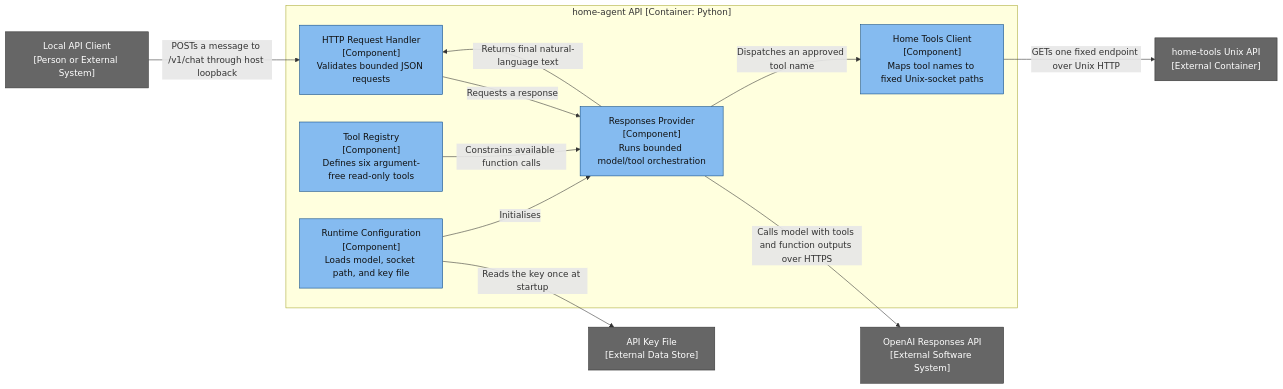
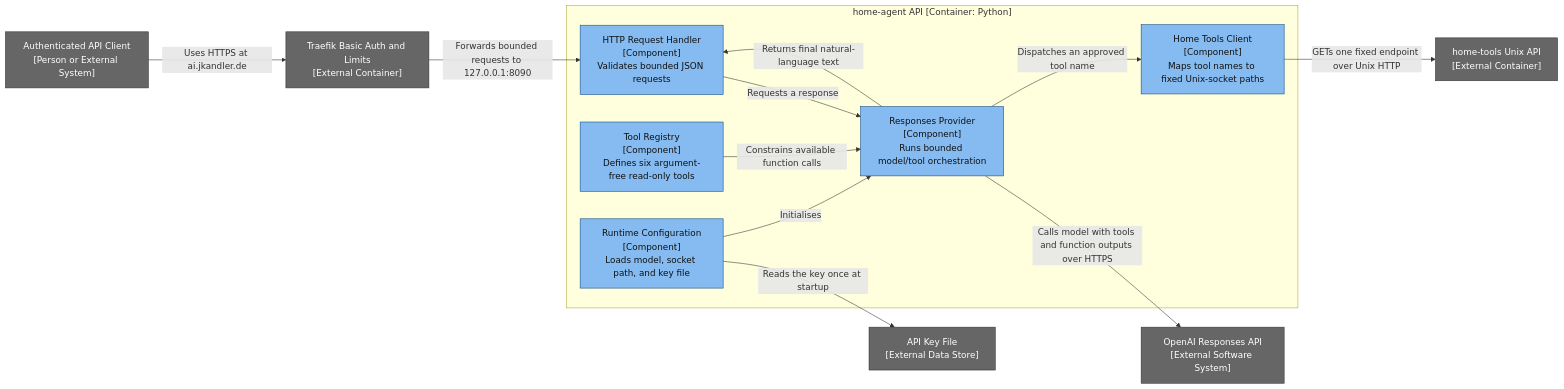
One commit to KandlerLi/home-infra-docs changed the diagram in docs/architecture/current/component-home-agent.md. Above: the diagram before and after it, drawn with Mermaid. The commit also changed other lines of this file and 15 other files, not shown here.

````diff
--- a/docs/architecture/current/component-home-agent.md
+++ b/docs/architecture/current/component-home-agent.md
@@ -7,30 +7,32 @@
 ```mermaid
 flowchart LR
-    caller["Local API Client<br/>[Person or External System]"]
+    caller["Authenticated API Client<br/>[Person or External System]"]
+    proxy["Traefik Basic Auth and Limits<br/>[External Container]"]
     cloud["OpenAI Responses API<br/>[External Software System]"]
     host_tools["home-tools Unix API<br/>[External Container]"]
     key["API Key File<br/>[External Data Store]"]
 
     subgraph api["home-agent API [Container: Python]"]
         http["HTTP Request Handler<br/>[Component]<br/>Validates bounded JSON requests"]
         provider["Responses Provider<br/>[Component]<br/>Runs bounded model/tool orchestration"]
         schema["Tool Registry<br/>[Component]<br/>Defines six argument-free read-only tools"]
         client["Home Tools Client<br/>[Component]<br/>Maps tool names to fixed Unix-socket paths"]
         config["Runtime Configuration<br/>[Component]<br/>Loads model, socket path, and key file"]
     end
 
-    caller -->|"POSTs a message to /v1/chat through host loopback"| http
+    caller -->|"Uses HTTPS at ai.jkandler.de"| proxy
+    proxy -->|"Forwards bounded requests to 127.0.0.1:8090"| http
     http -->|"Requests a response"| provider
     config -->|"Reads the key once at startup"| key
     config -->|"Initialises"| provider
     schema -->|"Constrains available function calls"| provider
     provider -->|"Calls model with tools and function outputs over HTTPS"| cloud
     provider -->|"Dispatches an approved tool name"| client
     client -->|"GETs one fixed endpoint over Unix HTTP"| host_tools
     provider -->|"Returns final natural-language text"| http
 
     classDef external fill:#666,color:#fff,stroke:#333
     classDef component fill:#85bbf0,color:#111,stroke:#0b4884
-    class caller,cloud,host_tools,key external
+    class caller,proxy,cloud,host_tools,key external
     class http,provider,schema,client,config component
 ```
````
